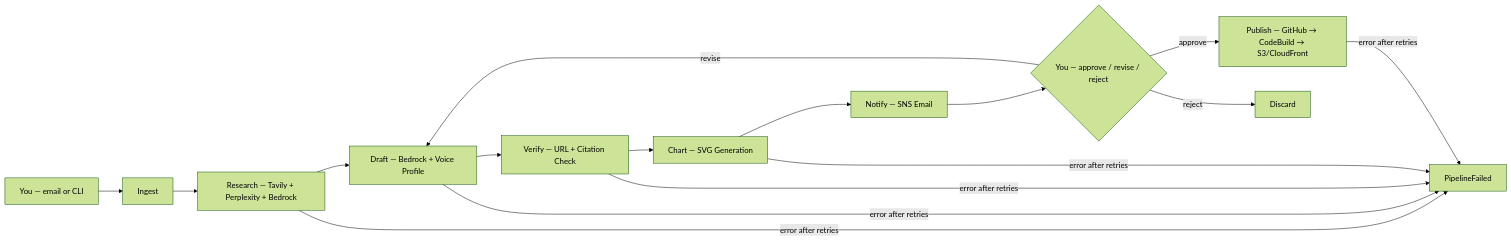
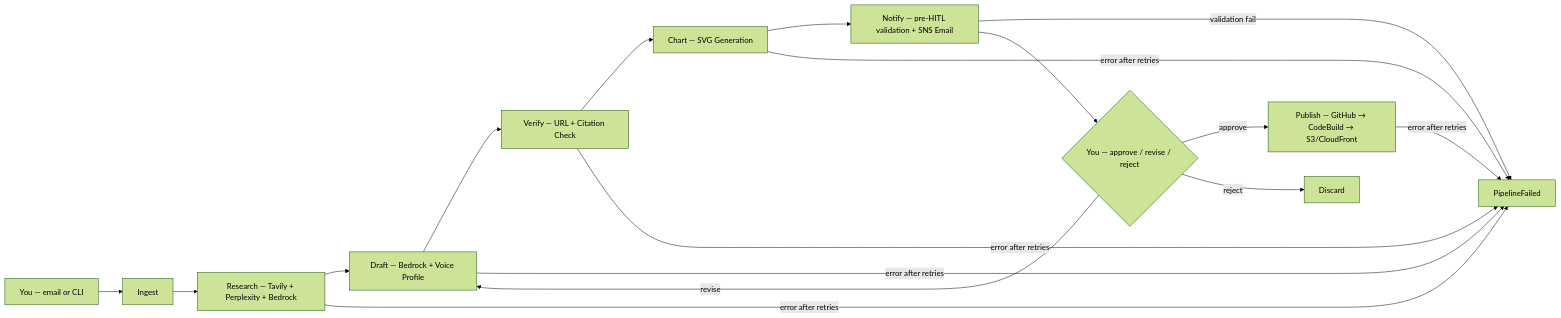
Before and after one commit to kzaky/khaledzaky.com: the diagram in agent/README.md, drawn with Mermaid (forest theme). The commit also changed 1 other file, not shown here.

Commit message:
docs: update diagrams to reflect pre-HITL validation gate
agent/README.md flowchart:
- Notify label: 'pre-HITL validation + SNS Email'
- Add missing F -->|validation fail| J[PipelineFailed] path
  (Notify was the only pipeline step without an error path in the diagram)

README.md graph TD:
- Notify label updated to show pre-HITL checks gate

````diff
--- a/agent/README.md
+++ b/agent/README.md
@@ -15,18 +15,19 @@
 ```mermaid
 flowchart LR
     A[You — email or CLI] --> B[Ingest]
     B --> C[Research — Tavily + Perplexity + Bedrock]
     C --> D[Draft — Bedrock + Voice Profile]
     D --> V[Verify — URL + Citation Check]
     V --> E[Chart — SVG Generation]
-    E --> F[Notify — SNS Email]
+    E --> F[Notify — pre-HITL validation + SNS Email]
+    F -->|validation fail| J[PipelineFailed]
     F --> G{You — approve / revise / reject}
     G -->|approve| H[Publish — GitHub → CodeBuild → S3/CloudFront]
     G -->|revise| D
     G -->|reject| I[Discard]
-    C -->|error after retries| J[PipelineFailed]
+    C -->|error after retries| J
     D -->|error after retries| J
     V -->|error after retries| J
     E -->|error after retries| J
     H -->|error after retries| J
 ```
````
